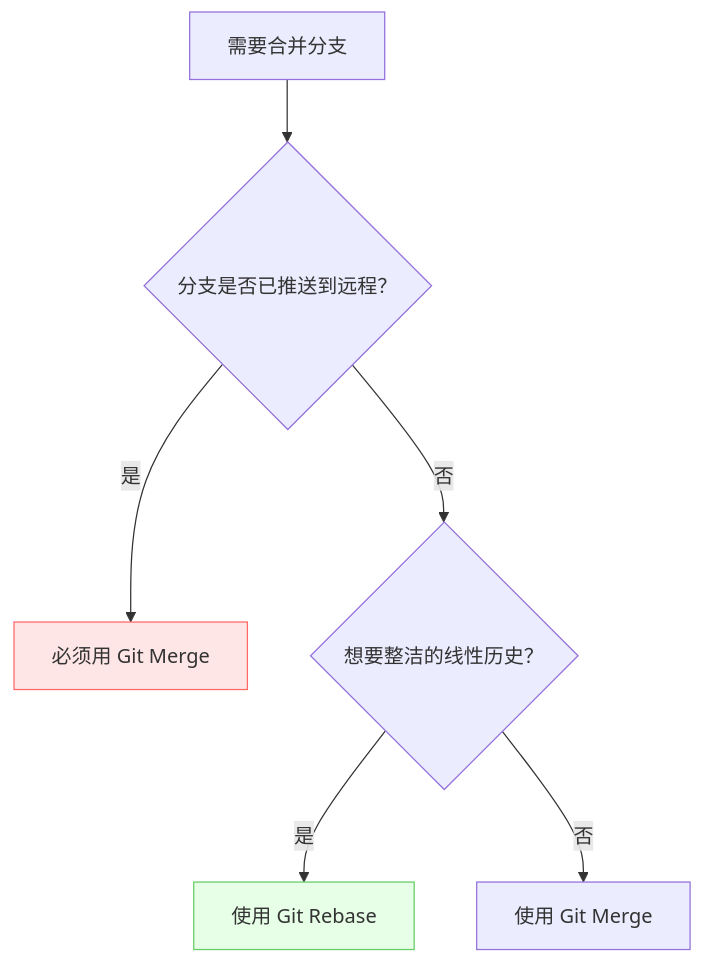
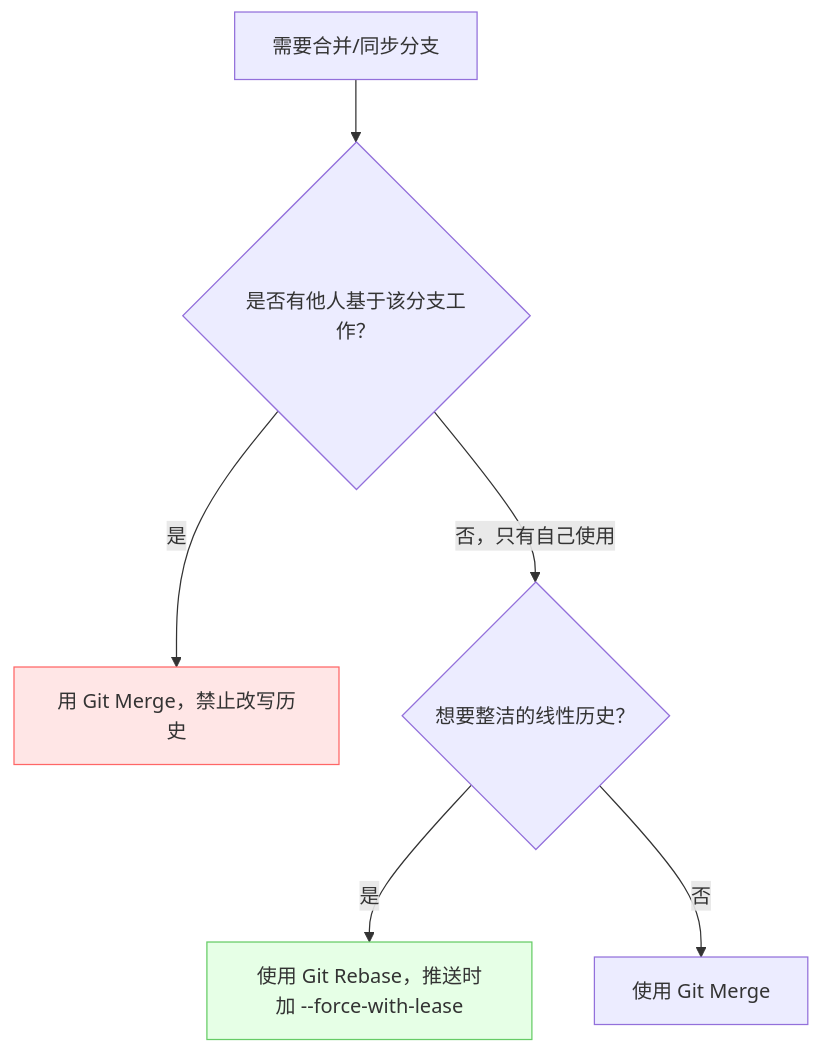
Before and after one commit to hust-open-atom-club/intro2oss: the diagram in docs/ch3/git/advanced/1-rebase-merge.md, drawn with Mermaid. The commit also changed other lines of this file and 16 other files, not shown here.

````diff
--- a/docs/ch3/git/advanced/1-rebase-merge.md
+++ b/docs/ch3/git/advanced/1-rebase-merge.md
@@ -113,13 +196,13 @@
 ```mermaid
 graph TD
-    A[需要合并分支] --> B{分支是否已推送到远程？}
-    B -->|是| C[必须用 Git Merge]
-    B -->|否| D{想要整洁的线性历史？}
-    D -->|是| E[使用 Git Rebase]
+    A[需要合并/同步分支] --> B{是否有他人基于该分支工作？}
+    B -->|是| C[用 Git Merge，禁止改写历史]
+    B -->|否，只有自己使用| D{想要整洁的线性历史？}
+    D -->|是| E[使用 Git Rebase，推送时加 --force-with-lease]
     D -->|否| F[使用 Git Merge]
-    
+
     classDef red fill:#ffe6e6,stroke:#ff6666;
     classDef green fill:#e6ffe6,stroke:#66cc66;
     class C red;
     class E green;
 ```
````
